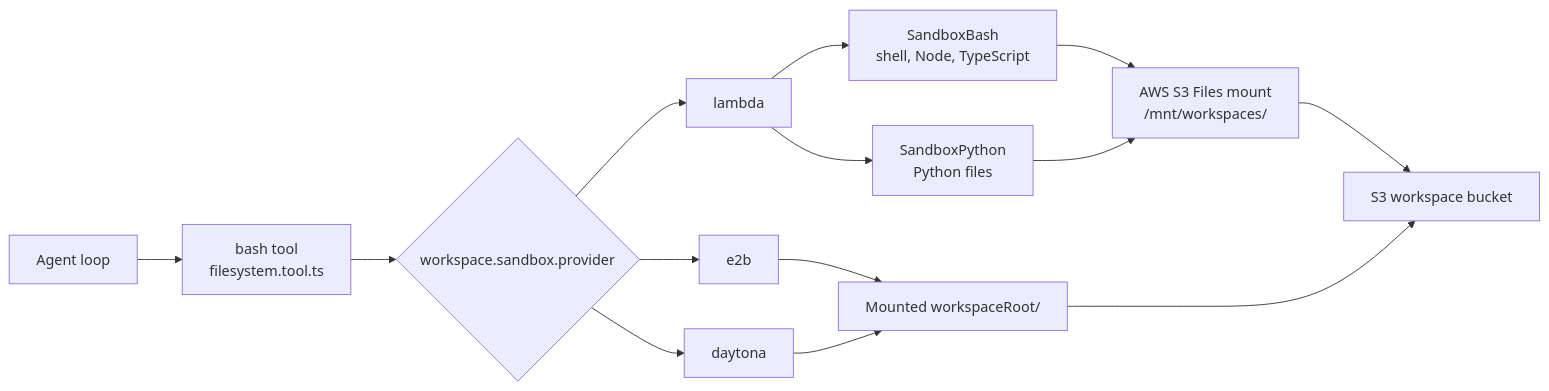
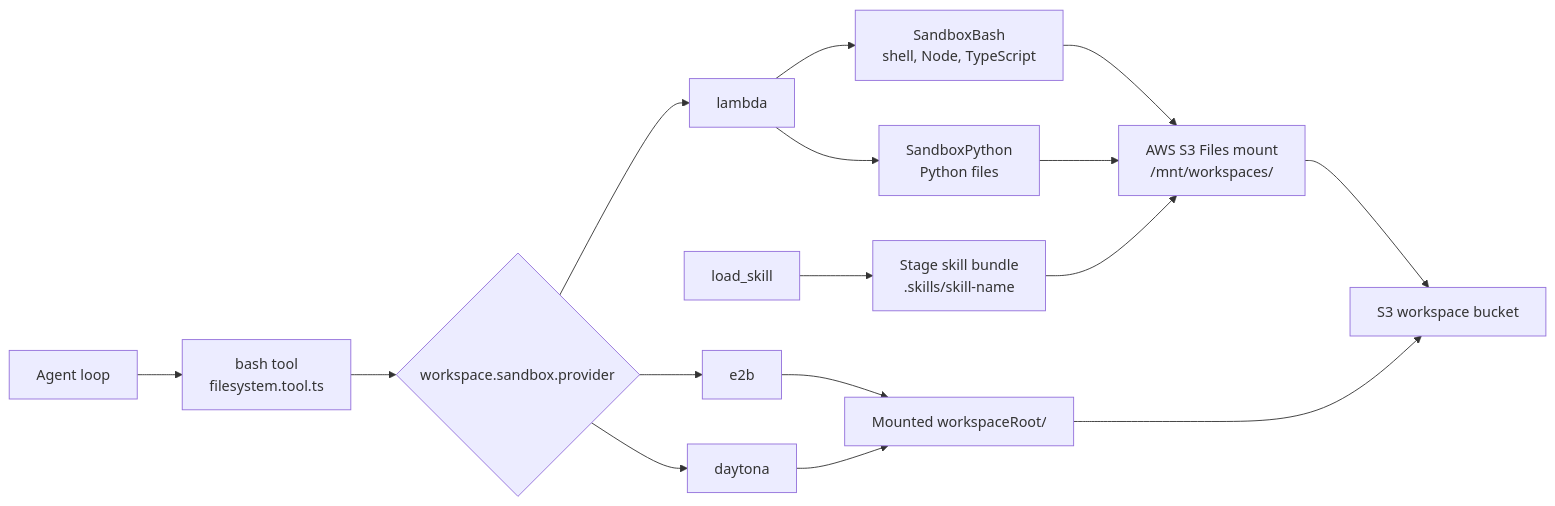
Before and after one commit to beeblastco/broods: the diagram in docs/workspace/sandbox/index.md, drawn with Mermaid. The commit also changed other lines of this file and 41 other files, not shown here.

First line of the commit message:
feat: stage skills into sandbox with publish-back, drop memory/tasks tools

````diff
--- a/docs/workspace/sandbox/index.md
+++ b/docs/workspace/sandbox/index.md
@@ -5,16 +5,18 @@
 ```mermaid
 flowchart LR
   Agent["Agent loop"] --> Tool["bash tool<br/>filesystem.tool.ts"]
   Tool --> Provider{"workspace.sandbox.provider"}
   Provider --> Lambda["lambda"]
   Provider --> E2B["e2b"]
   Provider --> Daytona["daytona"]
   Lambda --> Bash["SandboxBash<br/>shell, Node, TypeScript"]
   Lambda --> Python["SandboxPython<br/>Python files"]
   Bash --> Mount["AWS S3 Files mount<br/>/mnt/workspaces/<namespace>"]
   Python --> Mount
+  Skill["load_skill"] --> Stage["Stage skill bundle<br/>.skills/skill-name"]
+  Stage --> Mount
   E2B --> ExternalMount["Mounted workspaceRoot/<namespace>"]
   Daytona --> ExternalMount
   Mount --> Bucket["S3 workspace bucket"]
   ExternalMount --> Bucket
 ```
````
